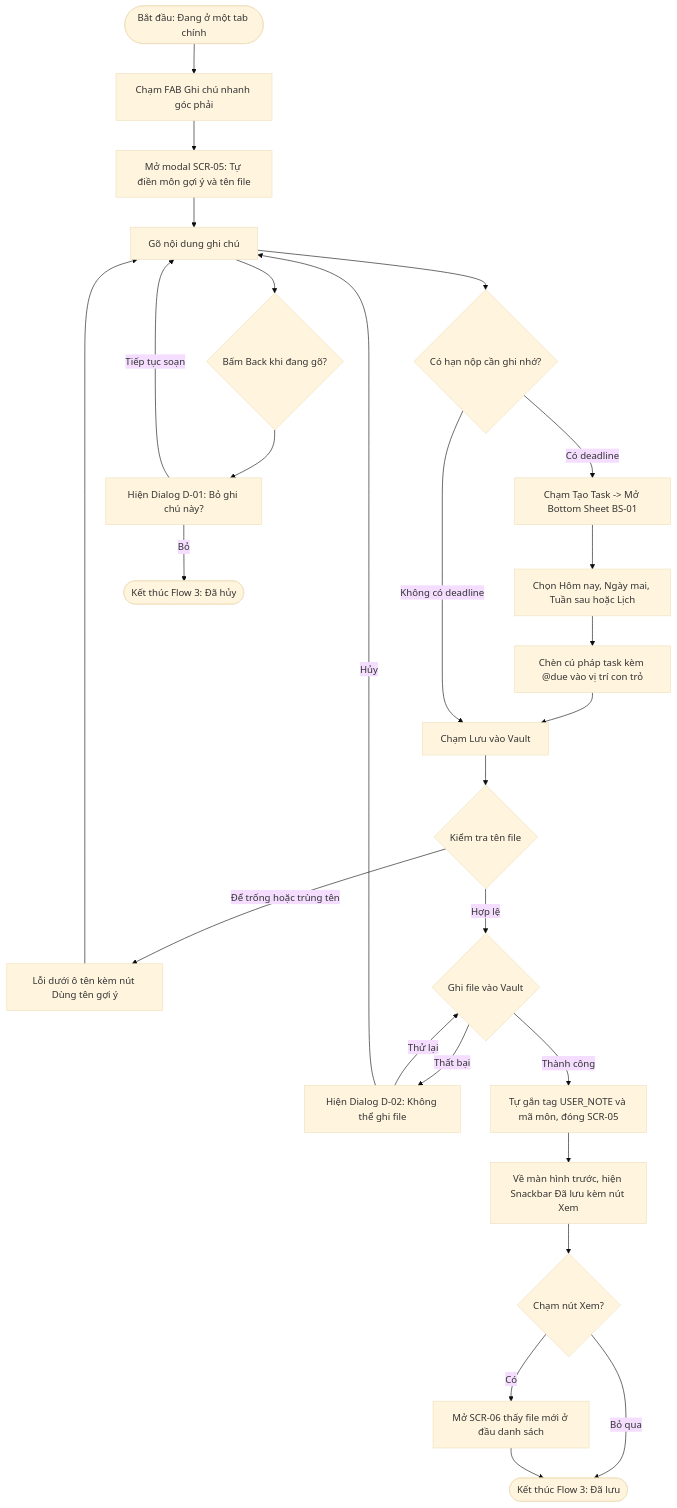
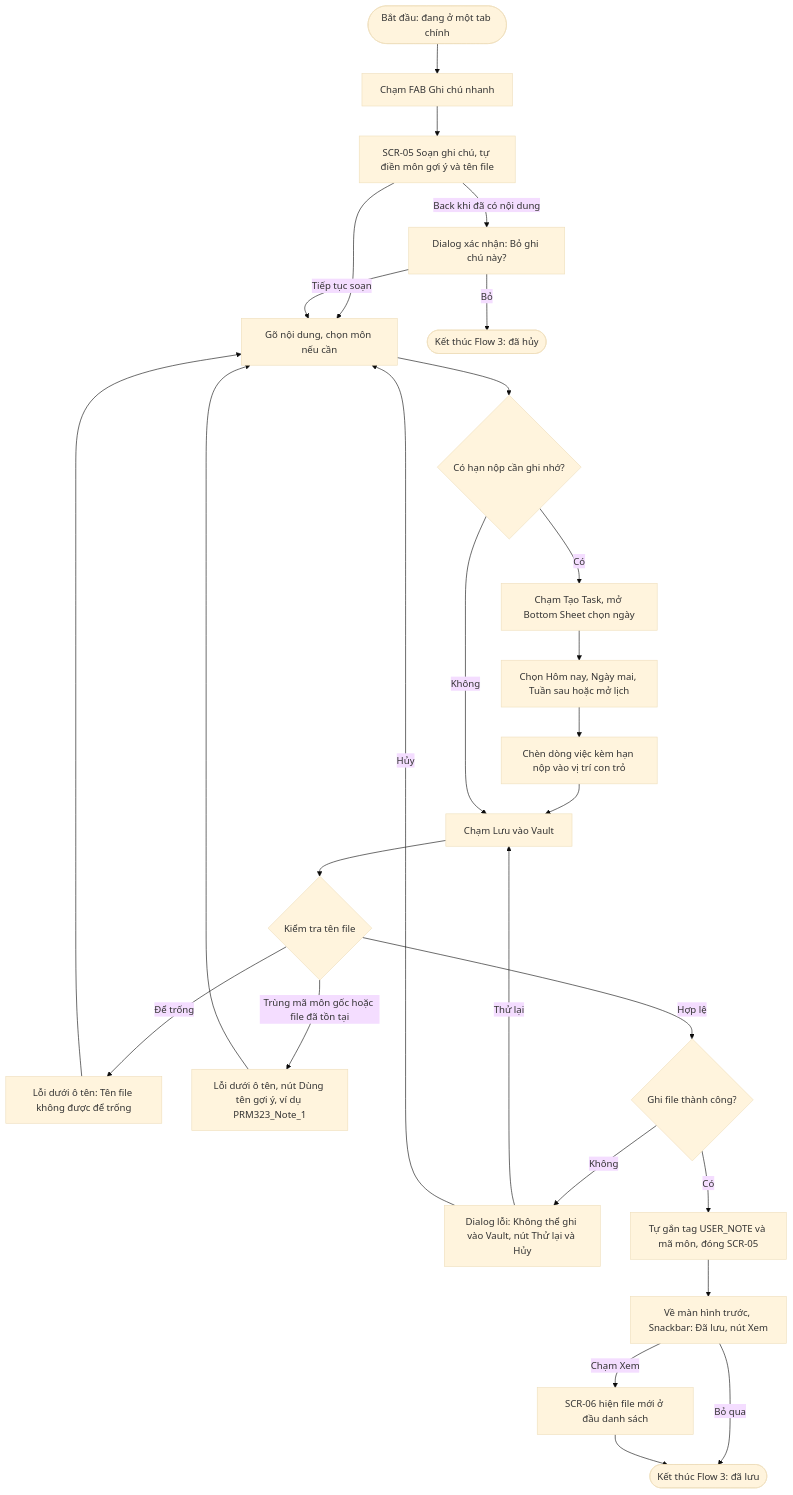
The third of 4 diagrams in user-flow.md (quanglong68/prm323-lab2-gr6), drawn with Mermaid (base theme) before and after one commit. The commit also changed other lines of this file and 1 other file, not shown here.

Commit message:
docs: finalize UX specs, 4 user flows, and design system token

````diff
--- a/user-flow.md
+++ b/user-flow.md
@@ -173,29 +170,29 @@
 ```mermaid
 flowchart TD
-    Start(["Bắt đầu: Đang ở một tab chính"]) --> TapFAB["Chạm FAB Ghi chú nhanh góc phải"]
-    TapFAB --> OpenEditor["Mở modal SCR-05: Tự điền môn gợi ý và tên file"]
-    OpenEditor --> TypeContent["Gõ nội dung ghi chú"]
-    TypeContent --> CheckDeadline{"Có hạn nộp cần ghi nhớ?"}
-    CheckDeadline -->|Có deadline| OpenBottomSheet["Chạm Tạo Task -> Mở Bottom Sheet BS-01"]
-    OpenBottomSheet --> PickDate["Chọn Hôm nay, Ngày mai, Tuần sau hoặc Lịch"]
-    PickDate --> InsertTaskCode["Chèn cú pháp task kèm @due vào vị trí con trỏ"]
-    InsertTaskCode --> UserSubmit["Chạm Lưu vào Vault"]
-    CheckDeadline -->|Không có deadline| UserSubmit
-    TypeContent --> CheckCancel{"Bấm Back khi đang gõ?"}
-    CheckCancel --> ConfirmDialog["Hiện Dialog D-01: Bỏ ghi chú này?"]
-    ConfirmDialog -->|Tiếp tục soạn| TypeContent
-    ConfirmDialog -->|Bỏ| EndFlow3Cancel(["Kết thúc Flow 3: Đã hủy"])
-    UserSubmit --> ValidateFileName{"Kiểm tra tên file"}
-    ValidateFileName -->|Để trống hoặc trùng tên| ShowValidationError["Lỗi dưới ô tên kèm nút Dùng tên gợi ý"]
-    ShowValidationError --> TypeContent
-    ValidateFileName -->|Hợp lệ| AttemptWrite{"Ghi file vào Vault"}
-    AttemptWrite -->|Thất bại| ErrorDialog["Hiện Dialog D-02: Không thể ghi file"]
-    ErrorDialog -->|Thử lại| AttemptWrite
-    ErrorDialog -->|Hủy| TypeContent
-    AttemptWrite -->|Thành công| SaveSuccess["Tự gắn tag USER_NOTE và mã môn, đóng SCR-05"]
-    SaveSuccess --> BackWithSnackbar["Về màn hình trước, hiện Snackbar Đã lưu kèm nút Xem"]
-    BackWithSnackbar --> ViewNewFile{"Chạm nút Xem?"}
-    ViewNewFile -->|Có| OpenNotesTab["Mở SCR-06 thấy file mới ở đầu danh sách"]
-    ViewNewFile -->|Bỏ qua| EndFlow3Saved(["Kết thúc Flow 3: Đã lưu"])
-    OpenNotesTab --> EndFlow3Saved
+    Start(["Bắt đầu: đang ở một tab chính"]) --> TapFab["Chạm FAB Ghi chú nhanh"]
+    TapFab --> Editor["SCR-05 Soạn ghi chú, tự điền môn gợi ý và tên file"]
+    Editor --> Content["Gõ nội dung, chọn môn nếu cần"]
+    Content --> NeedTask{"Có hạn nộp cần ghi nhớ?"}
+    NeedTask -->|Có| AddTask["Chạm Tạo Task, mở Bottom Sheet chọn ngày"]
+    AddTask --> PickDate["Chọn Hôm nay, Ngày mai, Tuần sau hoặc mở lịch"]
+    PickDate --> Insert["Chèn dòng việc kèm hạn nộp vào vị trí con trỏ"]
+    Insert --> Save["Chạm Lưu vào Vault"]
+    NeedTask -->|Không| Save
+    Save --> Validate{"Kiểm tra tên file"}
+    Validate -->|Để trống| ErrEmpty["Lỗi dưới ô tên: Tên file không được để trống"]
+    Validate -->|Trùng mã môn gốc hoặc file đã tồn tại| ErrDup["Lỗi dưới ô tên, nút Dùng tên gợi ý, ví dụ PRM323_Note_1"]
+    ErrEmpty --> Content
+    ErrDup --> Content
+    Validate -->|Hợp lệ| Write{"Ghi file thành công?"}
+    Write -->|Không| ErrDialog["Dialog lỗi: Không thể ghi vào Vault, nút Thử lại và Hủy"]
+    ErrDialog -->|Thử lại| Save
+    ErrDialog -->|Hủy| Content
+    Write -->|Có| Ok["Tự gắn tag USER_NOTE và mã môn, đóng SCR-05"]
+    Ok --> Snack["Về màn hình trước, Snackbar: Đã lưu, nút Xem"]
+    Snack -->|Chạm Xem| ViewList["SCR-06 hiện file mới ở đầu danh sách"]
+    Snack -->|Bỏ qua| EndOk(["Kết thúc Flow 3: đã lưu"])
+    ViewList --> EndOk
+    Editor -->|Back khi đã có nội dung| Discard["Dialog xác nhận: Bỏ ghi chú này?"]
+    Discard -->|Tiếp tục soạn| Content
+    Discard -->|Bỏ| EndDiscard(["Kết thúc Flow 3: đã hủy"])
 ```
````
